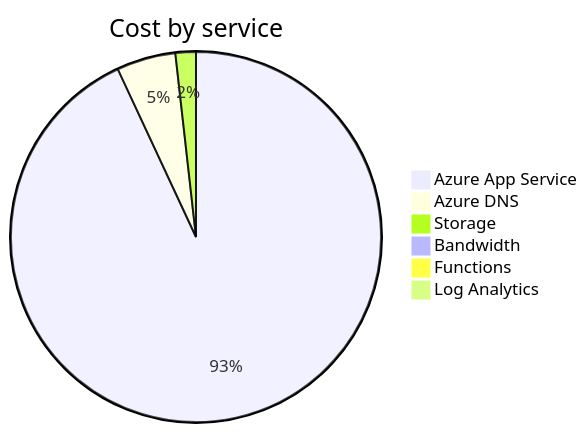
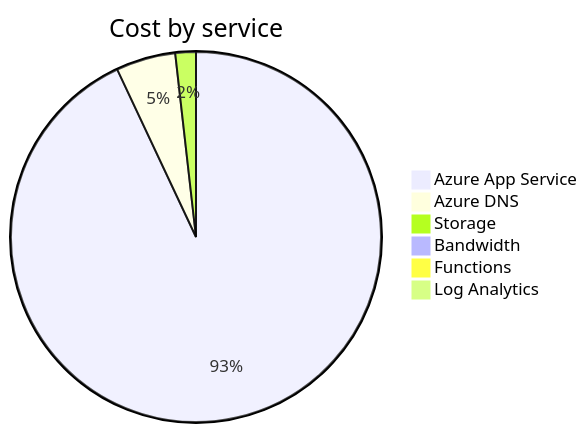
The second of 4 diagrams in cost-reports/accumulated-cost.md (jpfulton/azure-personal-reports), drawn with Mermaid before and after one commit. The commit also changed other lines of this file and 4 other files, not shown here.

````diff
--- a/cost-reports/accumulated-cost.md
+++ b/cost-reports/accumulated-cost.md
@@ -100,10 +100,10 @@
 ```mermaid
 pie
    title Cost by service
-   "Azure App Service" : 9.39
-   "Azure DNS" : 0.52
-   "Storage" : 0.18
+   "Azure App Service" : 9.84
+   "Azure DNS" : 0.55
+   "Storage" : 0.19
    "Bandwidth" : 0.00
    "Functions" : 0.00
    "Log Analytics" : 0.00
 ```
````
